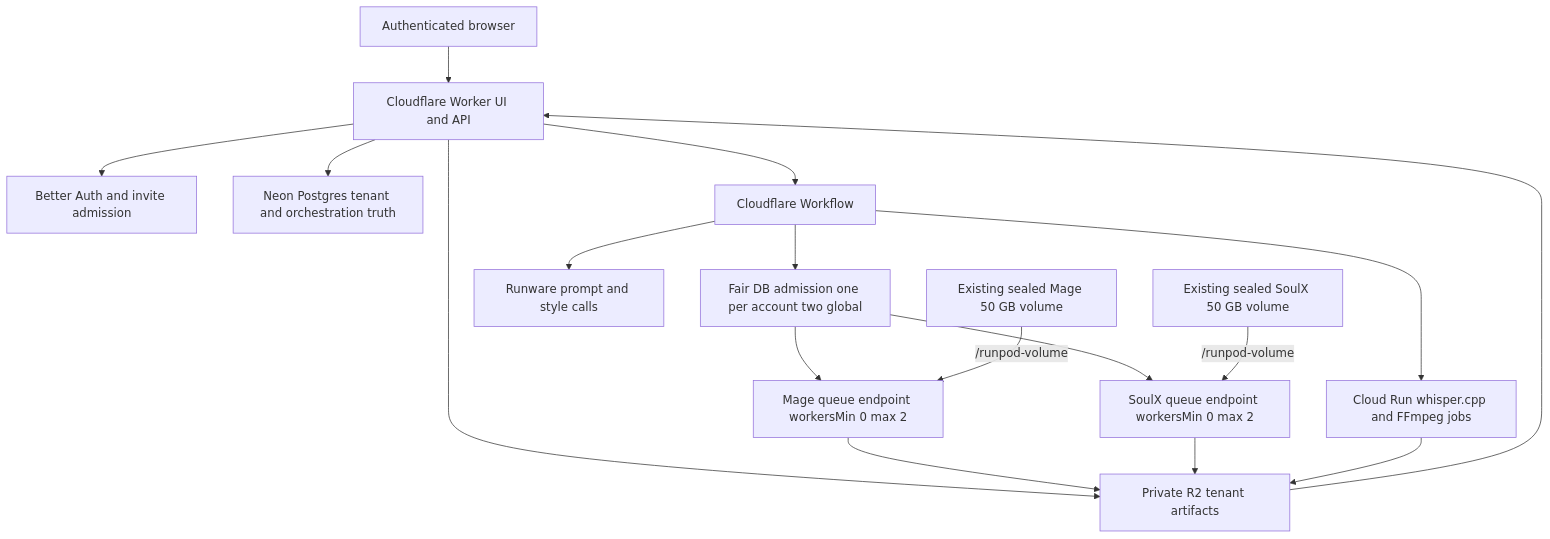
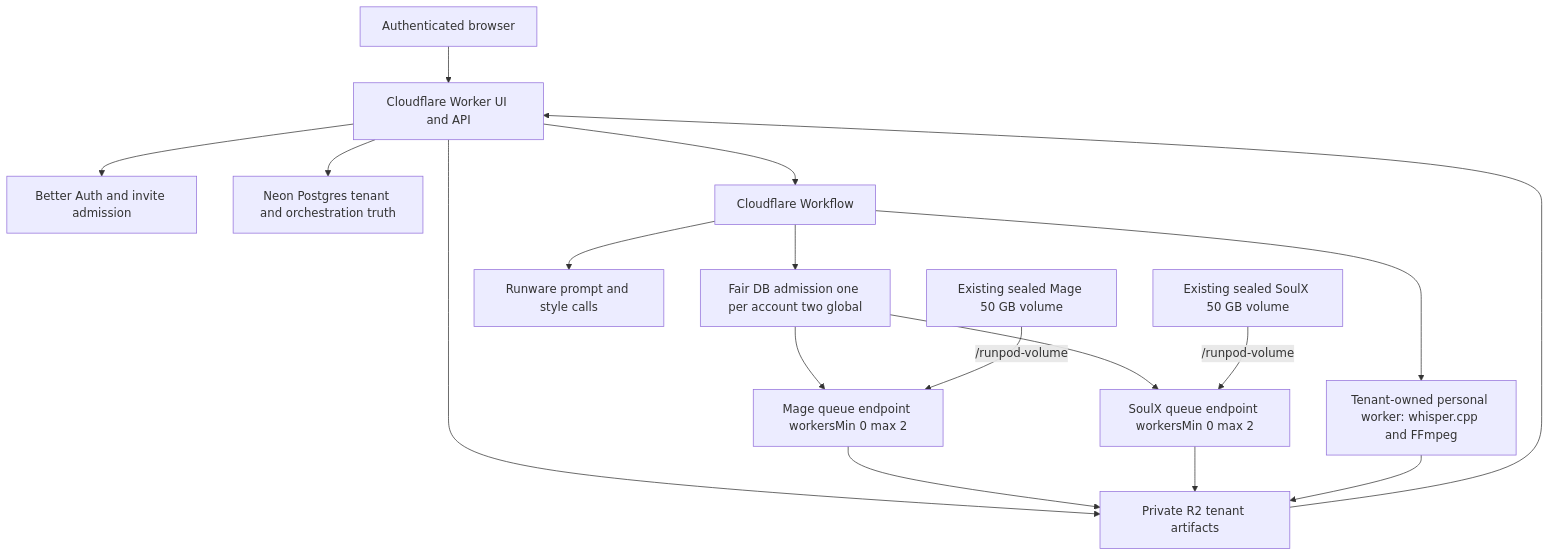
One commit to Pala-LakshmanSai/videoforge changed the diagram in project-context/06_SYSTEM_ARCHITECTURE.md. Above: the diagram before and after it, drawn with Mermaid. The commit also changed other lines of this file and 60 other files, not shown here.

Commit message:
feat(v2-06): move CPU media to personal workers

````diff
--- a/project-context/06_SYSTEM_ARCHITECTURE.md
+++ b/project-context/06_SYSTEM_ARCHITECTURE.md
@@ -43,18 +43,18 @@
 ```mermaid
 flowchart TB
     U["Authenticated browser"] --> APP["Cloudflare Worker UI and API"]
     APP --> AUTH["Better Auth and invite admission"]
     APP --> PG["Neon Postgres tenant and orchestration truth"]
     APP --> R2["Private R2 tenant artifacts"]
     APP --> WF["Cloudflare Workflow"]
     WF --> ADMIT["Fair DB admission one per account two global"]
     WF --> RW["Runware prompt and style calls"]
     ADMIT --> ME["Mage queue endpoint workersMin 0 max 2"]
     ADMIT --> SE["SoulX queue endpoint workersMin 0 max 2"]
     MV["Existing sealed Mage 50 GB volume"] -->|"/runpod-volume"| ME
     SV["Existing sealed SoulX 50 GB volume"] -->|"/runpod-volume"| SE
     ME --> R2
     SE --> R2
-    WF --> CPU["Cloud Run whisper.cpp and FFmpeg jobs"] --> R2
+    WF --> CPU["Tenant-owned personal worker: whisper.cpp and FFmpeg"] --> R2
     R2 --> APP
 ```
````
